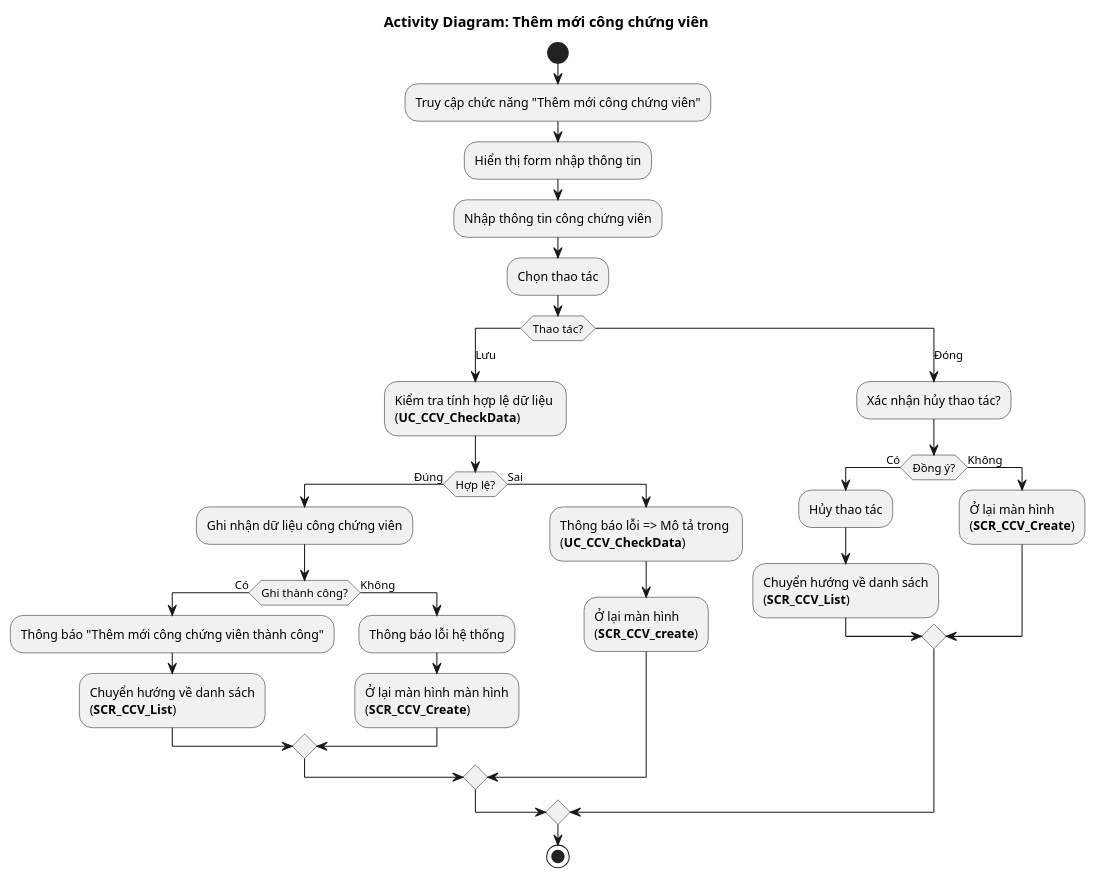
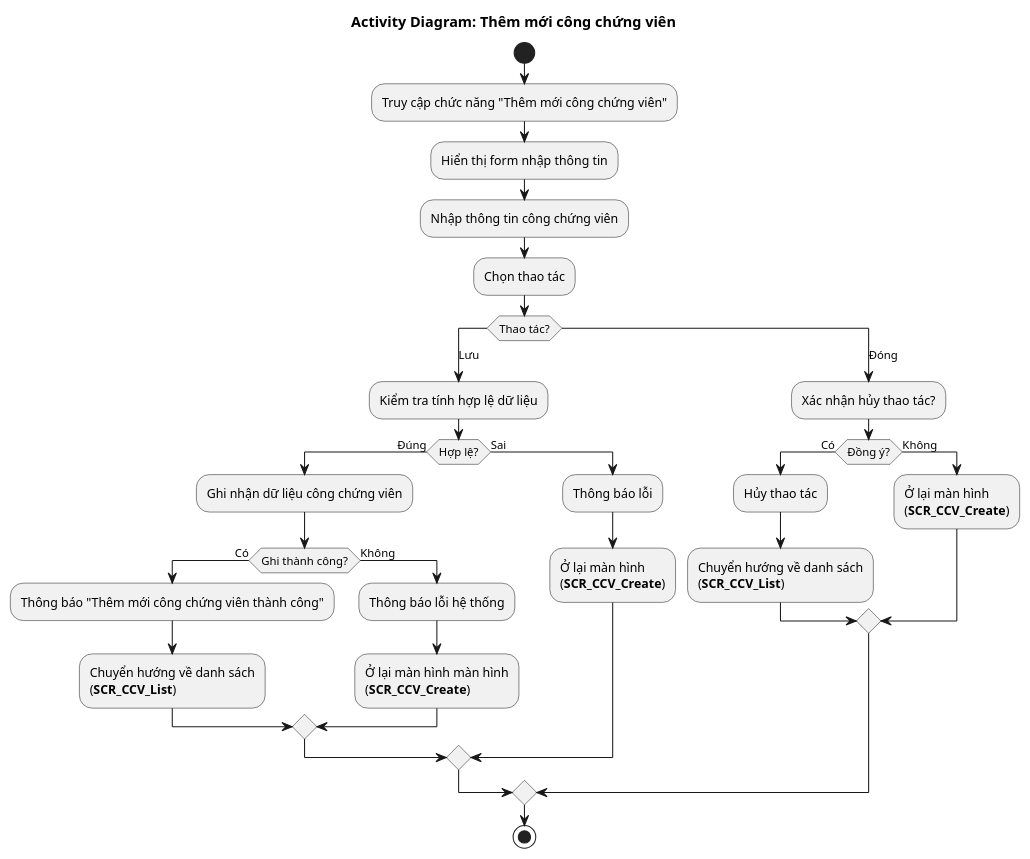
Before and after one commit to phuongpm23/nds-docs-test: the diagram in Quản lý công chứng viên/4.usecases/CongChungVien/ThemMoi/AD_CCV_Create.puml, drawn with PlantUML. The commit also changed 45 other files, not shown here.

```diff
--- a/Quản lý công chứng viên/4.usecases/CongChungVien/ThemMoi/AD_CCV_Create.puml
+++ b/Quản lý công chứng viên/4.usecases/CongChungVien/ThemMoi/AD_CCV_Create.puml
@@ -1,35 +1,35 @@
 @startuml AD_CCVManager_Create
 !pragma layout smetana
 title Activity Diagram: Thêm mới công chứng viên
 start
 :Truy cập chức năng "Thêm mới công chứng viên";
 :Hiển thị form nhập thông tin;
 :Nhập thông tin công chứng viên;
   :Chọn thao tác;
   switch (Thao tác?)
     case (Lưu)
-      :Kiểm tra tính hợp lệ dữ liệu \n(**UC_CCV_CheckData**);
+      :Kiểm tra tính hợp lệ dữ liệu;
       if (Hợp lệ?) then (Đúng)
         :Ghi nhận dữ liệu công chứng viên;
           if (Ghi thành công?) then (Có)
             :Thông báo "Thêm mới công chứng viên thành công";
             :Chuyển hướng về danh sách\n(**SCR_CCV_List**);
           else (Không)
             :Thông báo lỗi hệ thống;
             :Ở lại màn hình màn hình\n(**SCR_CCV_Create**);
           endif
       else (Sai)
-        :Thông báo lỗi => Mô tả trong \n(**UC_CCV_CheckData**);
-        :Ở lại màn hình\n(**SCR_CCV_create**);
+        :Thông báo lỗi;
+        :Ở lại màn hình\n(**SCR_CCV_Create**);
       endif
     case (Đóng)
       :Xác nhận hủy thao tác?;
       if (Đồng ý?) then (Có)
         :Hủy thao tác;
         :Chuyển hướng về danh sách\n(**SCR_CCV_List**);
       else (Không)
         :Ở lại màn hình\n(**SCR_CCV_Create**);
       endif
   endswitch
   stop
 @enduml
```
